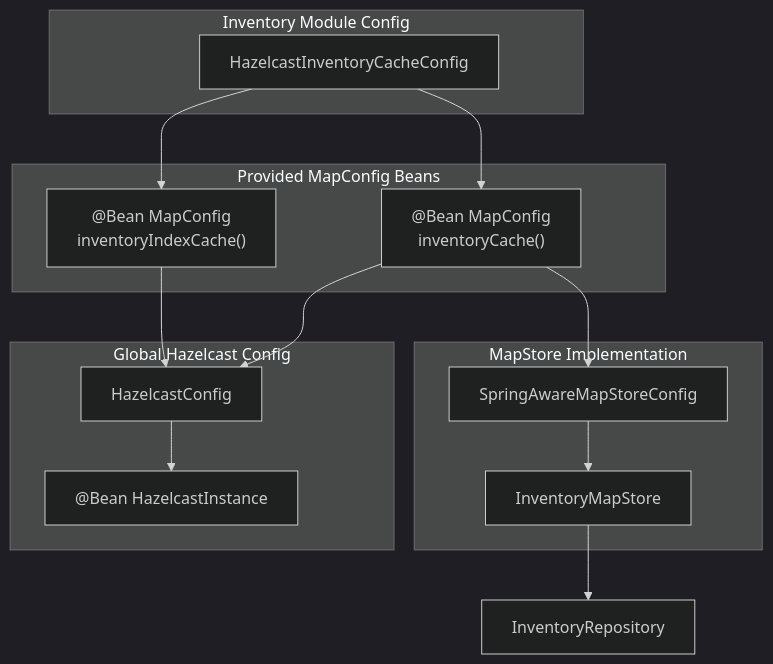
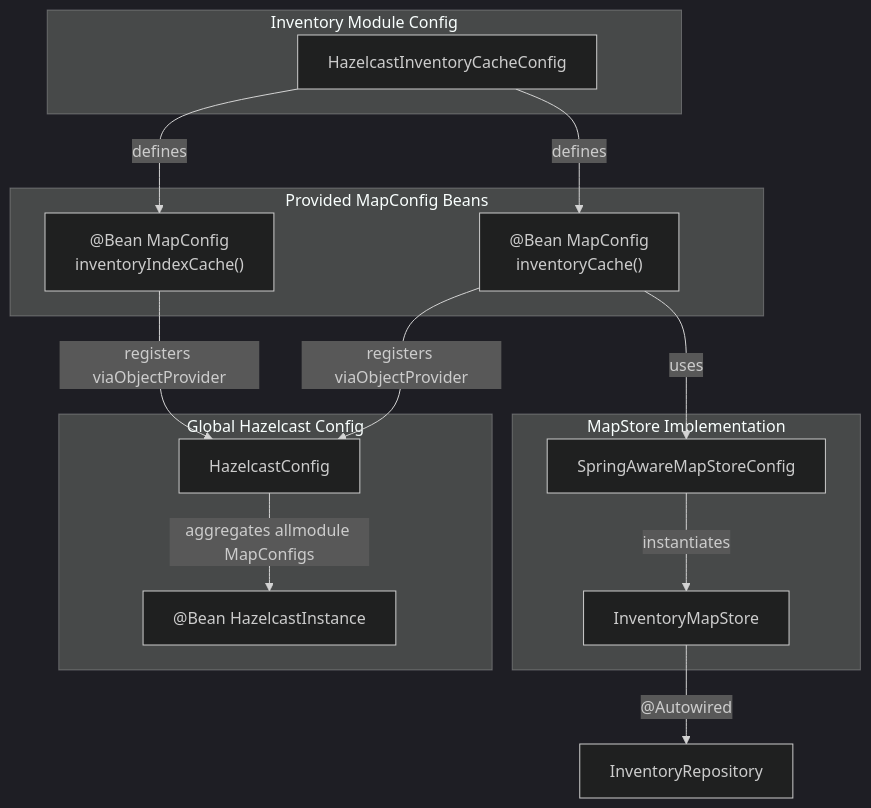
Before and after one commit to philipz/spring-modular-monolith: the third of 4 diagrams in docs/deepwiki/Inventory-Module.md, drawn with Mermaid (dark theme). The commit also changed other lines of this file and 55 other files, not shown here.

````diff
--- a/docs/deepwiki/Inventory-Module.md
+++ b/docs/deepwiki/Inventory-Module.md
@@ -208,40 +208,40 @@
 ```mermaid
 flowchart TD
 
 CacheConfig["HazelcastInventoryCacheConfig"]
 DataMapConfig["@Bean MapConfig<br>inventoryCache()"]
 IndexMapConfig["@Bean MapConfig<br>inventoryIndexCache()"]
 HZConfig["HazelcastConfig"]
 HZInstance["@Bean HazelcastInstance"]
 MapStore["InventoryMapStore"]
 SpringAware["SpringAwareMapStoreConfig"]
 InventoryRepo["InventoryRepository"]
 
-CacheConfig --> DataMapConfig
-CacheConfig --> IndexMapConfig
-DataMapConfig --> HZConfig
-IndexMapConfig --> HZConfig
-DataMapConfig --> SpringAware
-MapStore --> InventoryRepo
+CacheConfig -->|"defines"| DataMapConfig
+CacheConfig -->|"defines"| IndexMapConfig
+DataMapConfig -->|"registers viaObjectProvider"| HZConfig
+IndexMapConfig -->|"registers viaObjectProvider"| HZConfig
+DataMapConfig -->|"uses"| SpringAware
+MapStore -->|"@Autowired"| InventoryRepo
 
 subgraph subGraph3 ["MapStore Implementation"]
     MapStore
     SpringAware
-    SpringAware --> MapStore
+    SpringAware -->|"instantiates"| MapStore
 end
 
 subgraph subGraph2 ["Global Hazelcast Config"]
     HZConfig
     HZInstance
-    HZConfig --> HZInstance
+    HZConfig -->|"aggregates allmodule MapConfigs"| HZInstance
 end
 
 subgraph subGraph1 ["Provided MapConfig Beans"]
     DataMapConfig
     IndexMapConfig
 end
 
 subgraph subGraph0 ["Inventory Module Config"]
     CacheConfig
 end
 ```
````
